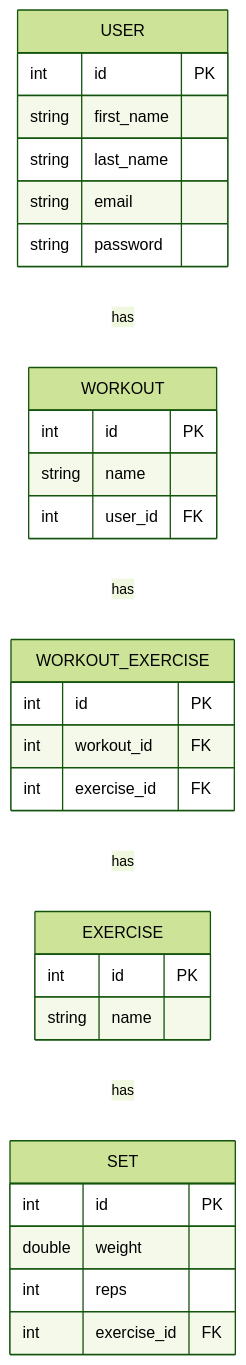
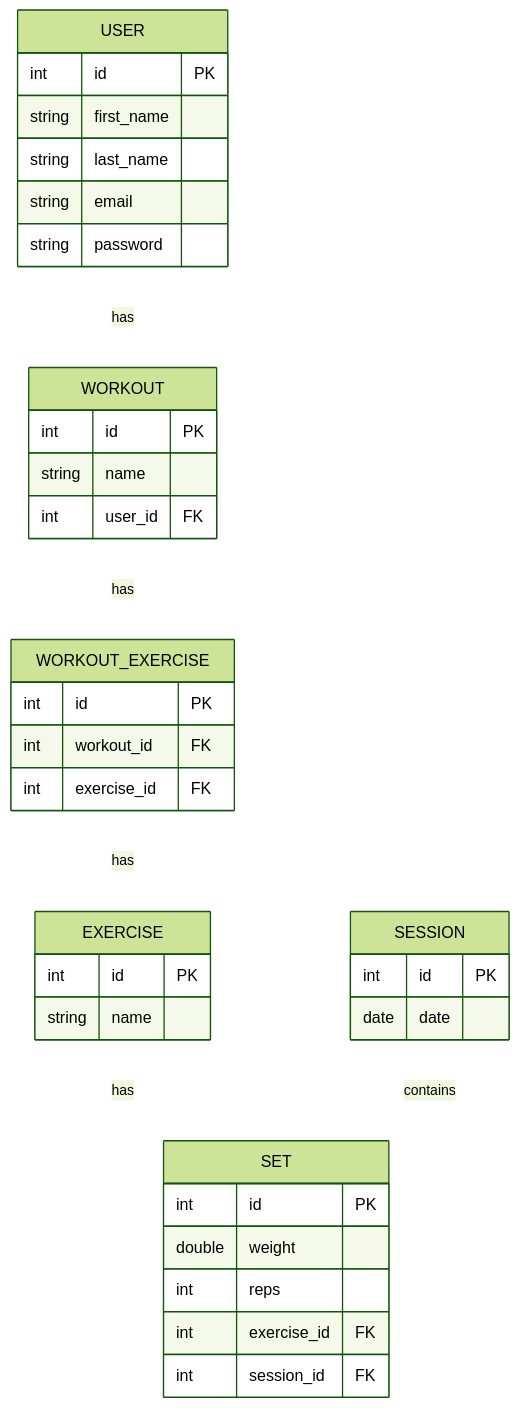
The second of 2 diagrams in README.md (cmurphy88/gym_log), drawn with Mermaid before and after one commit.

````diff
--- a/README.md
+++ b/README.md
@@ -15,40 +15,47 @@
 ```mermaid
 %%{init: {'theme': 'forest', 'themeVariables': { 'lineColor': 'white'}}}%%
 erDiagram
 USER {
     int id PK
     string first_name
     string last_name
     string email
     string password
 }
 
 WORKOUT {
     int id PK
     string name
     int user_id FK
 }
 
 WORKOUT_EXERCISE {
     int id PK
     int workout_id FK
     int exercise_id FK
 }
 
 EXERCISE {
     int id PK
     string name
 }
 
 SET {
     int id PK
     double weight
     int reps
     int exercise_id FK
+    int session_id FK
+}
+
+SESSION {
+    int id PK
+    date date 
 }
 
 USER ||--|{ WORKOUT : has
 WORKOUT }|--|{ WORKOUT_EXERCISE : has
 WORKOUT_EXERCISE }|--|{ EXERCISE : has
 EXERCISE ||--|{ SET : has
+SESSION }|--|| SET : contains
 ```
````
